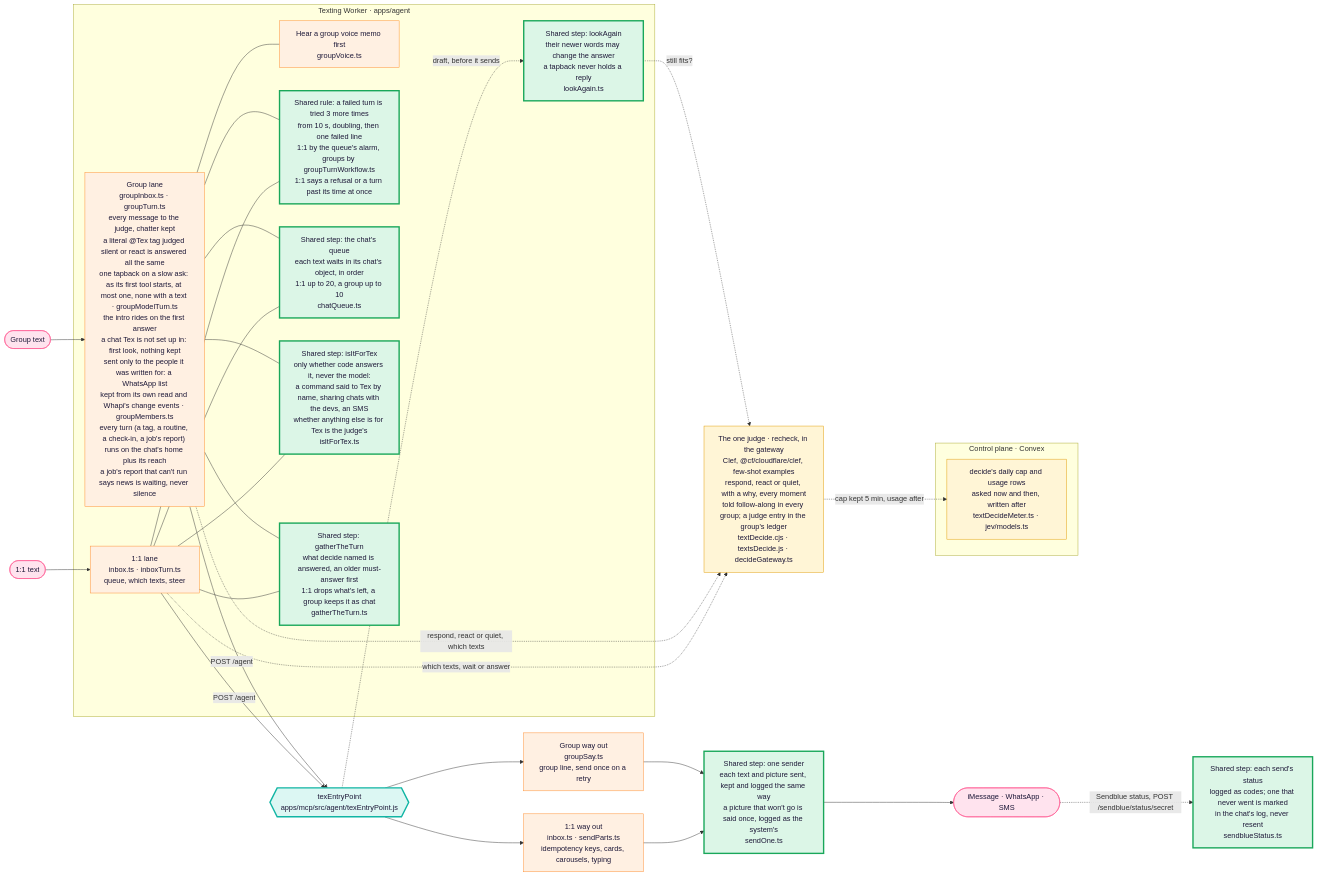
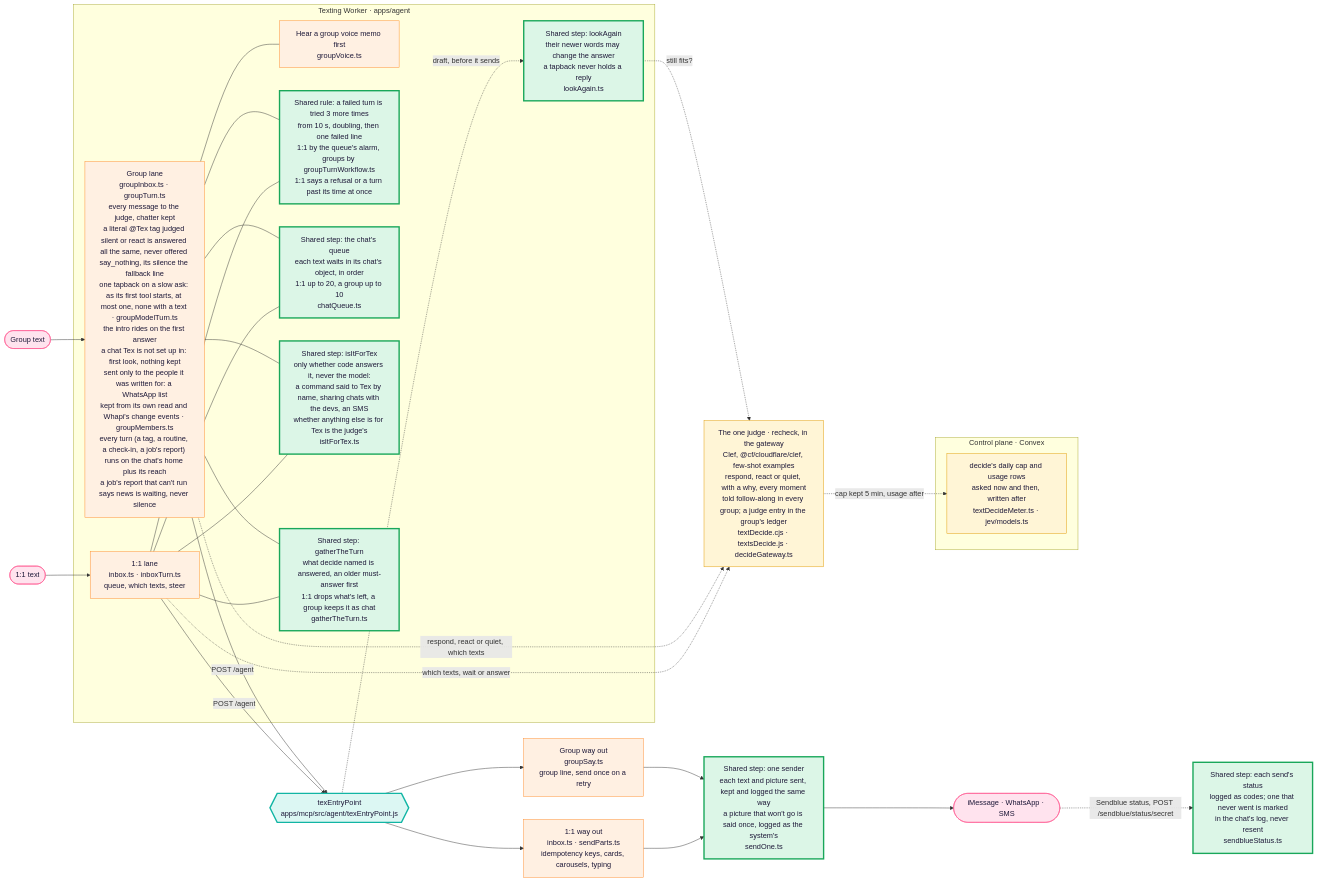
The first of 3 diagrams in docs/architecture/tex.md (Supa-Media/context), drawn with Mermaid before and after one commit. The commit also changed other lines of this file and 8 other files, not shown here.

First line of the commit message:
fix(tex): a literal @Tex is never answered with silence

````diff
--- a/docs/architecture/tex.md
+++ b/docs/architecture/tex.md
@@ -22,47 +22,47 @@
 ```mermaid
 flowchart LR
   P1([1:1 text]):::you --> W1
   P2([Group text]):::you --> W2
   subgraph Worker["Texting Worker · apps/agent"]
     W1["1:1 lane<br/>inbox.ts · inboxTurn.ts<br/>queue, which texts, steer"]:::pipe
-    W2["Group lane<br/>groupInbox.ts · groupTurn.ts<br/>every message to the judge, chatter kept<br/>a literal @Tex tag judged silent or react is answered all the same<br/>one tapback on a slow ask: as its first tool starts, at most one, none with a text · groupModelTurn.ts<br/>the intro rides on the first answer<br/>a chat Tex is not set up in: first look, nothing kept<br/>sent only to the people it was written for: a WhatsApp list<br/>kept from its own read and Whapi's change events · groupMembers.ts<br/>every turn (a tag, a routine, a check-in, a job's report) runs on the chat's home plus its reach<br/>a job's report that can't run says news is waiting, never silence"]:::pipe
+    W2["Group lane<br/>groupInbox.ts · groupTurn.ts<br/>every message to the judge, chatter kept<br/>a literal @Tex tag judged silent or react is answered all the same, never offered say_nothing, its silence the fallback line<br/>one tapback on a slow ask: as its first tool starts, at most one, none with a text · groupModelTurn.ts<br/>the intro rides on the first answer<br/>a chat Tex is not set up in: first look, nothing kept<br/>sent only to the people it was written for: a WhatsApp list<br/>kept from its own read and Whapi's change events · groupMembers.ts<br/>every turn (a tag, a routine, a check-in, a job's report) runs on the chat's home plus its reach<br/>a job's report that can't run says news is waiting, never silence"]:::pipe
     H["Hear a group voice memo first<br/>groupVoice.ts"]:::pipe
     W2 --- H
     LA["Shared step: lookAgain<br/>their newer words may change the answer<br/>a tapback never holds a reply<br/>lookAgain.ts"]:::shared
     RT["Shared rule: a failed turn is tried 3 more times<br/>from 10 s, doubling, then one failed line<br/>1:1 by the queue's alarm, groups by groupTurnWorkflow.ts<br/>1:1 says a refusal or a turn past its time at once"]:::shared
     W1 --- RT
     W2 --- RT
     Q["Shared step: the chat's queue<br/>each text waits in its chat's object, in order<br/>1:1 up to 20, a group up to 10<br/>chatQueue.ts"]:::shared
     W1 --- Q
     W2 --- Q
     FT["Shared step: isItForTex<br/>only whether code answers it, never the model:<br/>a command said to Tex by name, sharing chats with the devs, an SMS<br/>whether anything else is for Tex is the judge's<br/>isItForTex.ts"]:::shared
     W1 --- FT
     W2 --- FT
     GT["Shared step: gatherTheTurn<br/>what decide named is answered, an older must-answer first<br/>1:1 drops what's left, a group keeps it as chat<br/>gatherTheTurn.ts"]:::shared
     W1 --- GT
     W2 --- GT
   end
   D["The one judge · recheck, in the gateway<br/>Clef, @cf/cloudflare/clef, few-shot examples<br/>respond, react or quiet, with a why, every moment<br/>told follow-along in every group; a judge entry in the group's ledger<br/>textDecide.cjs · textsDecide.js · decideGateway.ts"]:::judge
   subgraph Control["Control plane · Convex"]
     CAP["decide's daily cap and usage rows<br/>asked now and then, written after<br/>textDecideMeter.ts · jev/models.ts"]:::judge
   end
   D -. cap kept 5 min, usage after .-> CAP
   W1 -. which texts, wait or answer .-> D
   W2 -. respond, react or quiet, which texts .-> D
   E -. draft, before it sends .-> LA
   LA -. still fits? .-> D
   W1 -->|POST /agent| E
   W2 -->|POST /agent| E
   E{{"texEntryPoint<br/>apps/mcp/src/agent/texEntryPoint.js"}}:::door
   E --> S1["1:1 way out<br/>inbox.ts · sendParts.ts<br/>idempotency keys, cards, carousels, typing"]:::pipe
   E --> S2["Group way out<br/>groupSay.ts<br/>group line, send once on a retry"]:::pipe
   S1 --> SO["Shared step: one sender<br/>each text and picture sent, kept and logged the same way<br/>a picture that won't go is said once, logged as the system's<br/>sendOne.ts"]:::shared
   S2 --> SO
   SO --> Out([iMessage · WhatsApp · SMS]):::you
   Out -. "Sendblue status, POST /sendblue/status/secret" .-> ST["Shared step: each send's status<br/>logged as codes; one that never went is marked<br/>in the chat's log, never resent<br/>sendblueStatus.ts"]:::shared
   classDef you fill:#ffe3ee,stroke:#ff4f8b,color:#1d1838
   classDef pipe fill:#fff0e2,stroke:#ff8a2a,color:#1d1838
   classDef door fill:#dcf7f3,stroke:#11b5a4,stroke-width:3px,color:#1d1838
   classDef judge fill:#fff5d6,stroke:#e09a00,color:#1d1838
   classDef shared fill:#dcf6e7,stroke:#19a75a,stroke-width:3px,color:#1d1838
 ```
````
